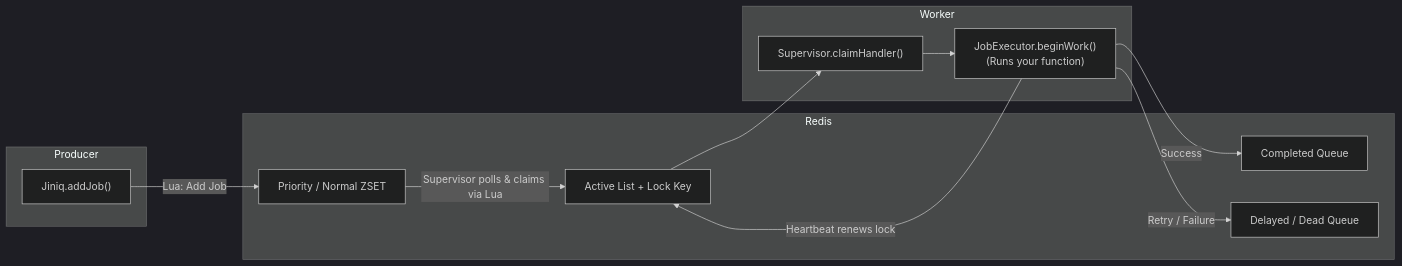
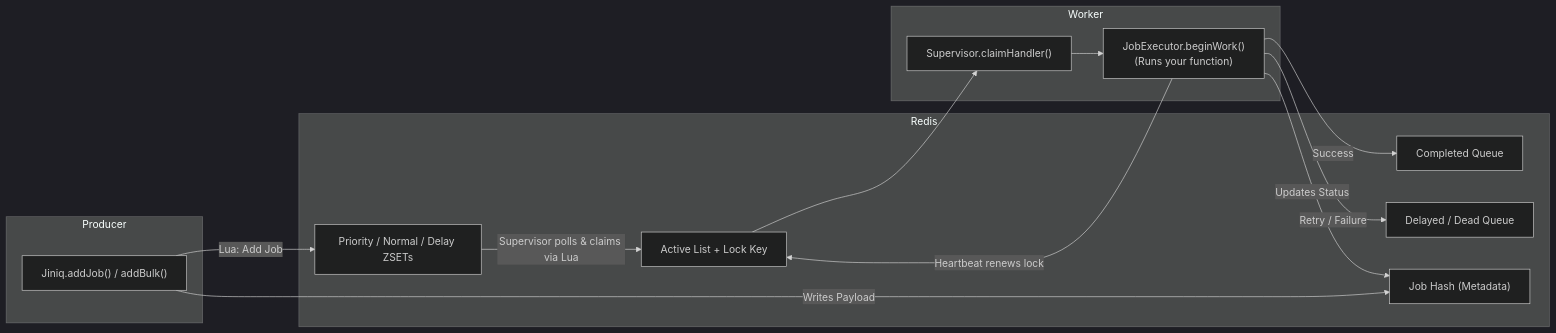
Before and after one commit to Nilay-Shahane/JiNiQ-Distributed-Job-Queue-Library-for-Node.js: the diagram in docs/architecture/overview.md, drawn with Mermaid (dark theme). The commit also changed other lines of this file and 34 other files, not shown here.

Commit message:
fixing bugs on JiNiQ core engine, Redis Lua state machine, and architectural documentation

````diff
--- a/docs/architecture/overview.md
+++ b/docs/architecture/overview.md
@@ -23,26 +23,30 @@
 ```mermaid
 flowchart LR
     subgraph Producer
-        A["Jiniq.addJob()"]
+        A["Jiniq.addJob() / addBulk()"]
     end
 
     subgraph Redis
-        B["Priority / Normal ZSET"]
+        B["Priority / Normal / Delay ZSETs"]
         C["Active List + Lock Key"]
         D["Completed Queue"]
         E["Delayed / Dead Queue"]
+        H["Job Hash (Metadata)"]
     end
 
     subgraph Worker
         F["Supervisor.claimHandler()"]
         G["JobExecutor.beginWork()<br/>(Runs your function)"]
     end
 
     A -- "Lua: Add Job" --> B
+    A -- "Writes Payload" --> H
     B -- "Supervisor polls & claims via Lua" --> C
     C --> F
     F --> G
     G -- "Heartbeat renews lock" --> C
     G -- "Success" --> D
     G -- "Retry / Failure" --> E
+    G -- "Updates Status" --> H
+
 ```
````
